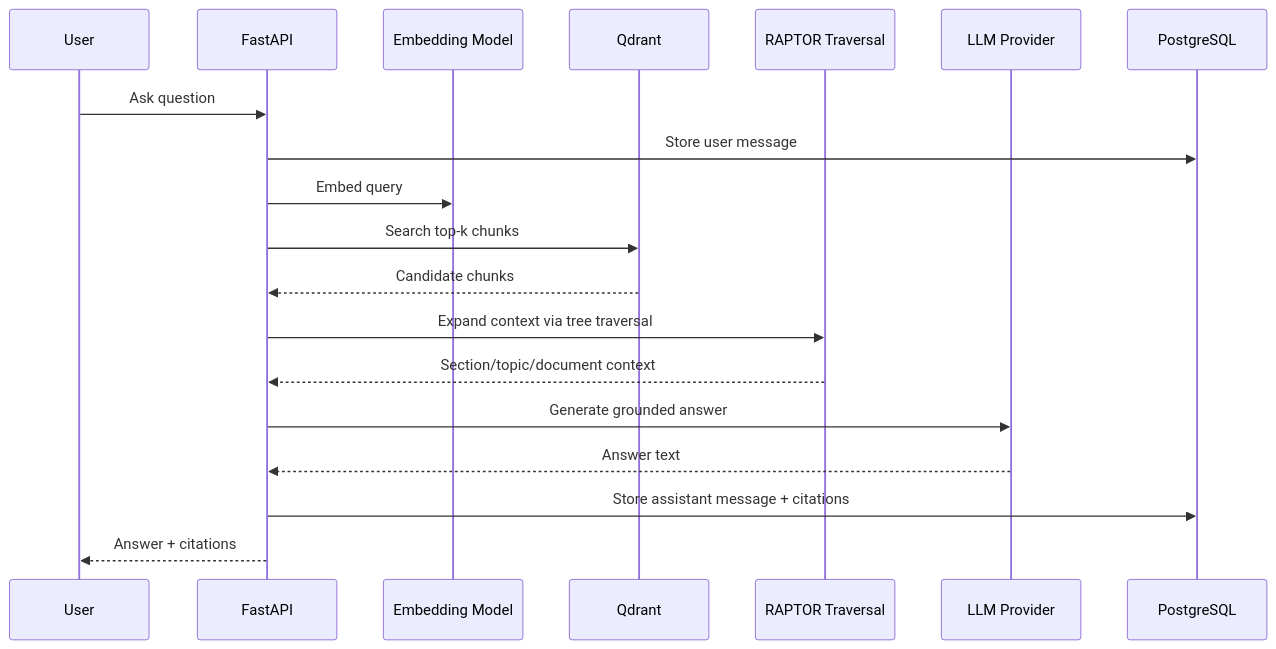
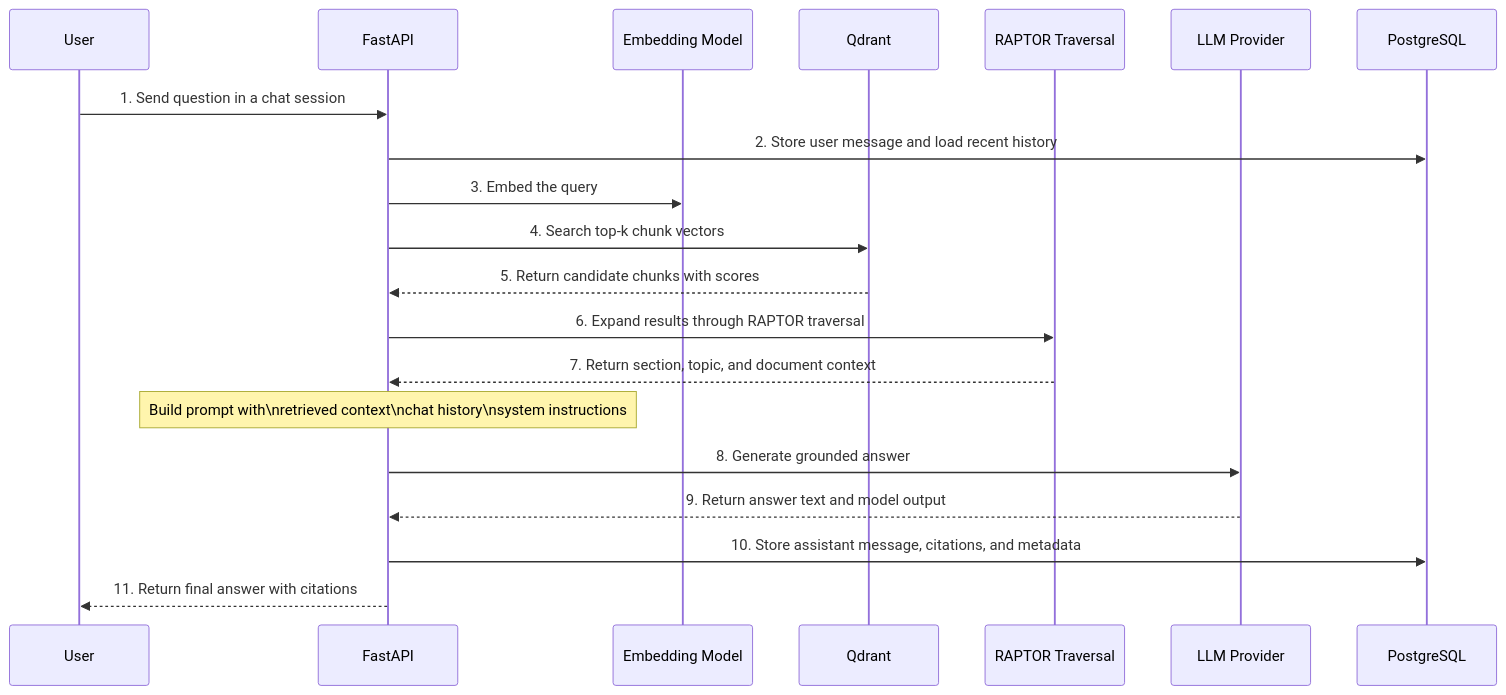
The third of 4 diagrams in README.md (priyankmistry21699-web/raptor-research-assistant), drawn with Mermaid before and after one commit. The commit also changed other lines of this file, not shown here.

Commit message:
Enhance README diagrams with detailed color visuals

````diff
--- a/README.md
+++ b/README.md
@@ -117,22 +135,23 @@
 ```mermaid
 sequenceDiagram
   participant U as User
   participant API as FastAPI
   participant E as Embedding Model
   participant V as Qdrant
   participant R as RAPTOR Traversal
   participant LLM as LLM Provider
   participant PG as PostgreSQL
 
-  U->>API: Ask question
-  API->>PG: Store user message
-  API->>E: Embed query
-  API->>V: Search top-k chunks
-  V-->>API: Candidate chunks
-  API->>R: Expand context via tree traversal
-  R-->>API: Section/topic/document context
-  API->>LLM: Generate grounded answer
-  LLM-->>API: Answer text
-  API->>PG: Store assistant message + citations
-  API-->>U: Answer + citations
+  U->>API: 1. Send question in a chat session
+  API->>PG: 2. Store user message and load recent history
+  API->>E: 3. Embed the query
+  API->>V: 4. Search top-k chunk vectors
+  V-->>API: 5. Return candidate chunks with scores
+  API->>R: 6. Expand results through RAPTOR traversal
+  R-->>API: 7. Return section, topic, and document context
+  Note over API: Build prompt with\nretrieved context\nchat history\nsystem instructions
+  API->>LLM: 8. Generate grounded answer
+  LLM-->>API: 9. Return answer text and model output
+  API->>PG: 10. Store assistant message, citations, and metadata
+  API-->>U: 11. Return final answer with citations
 ```
````
